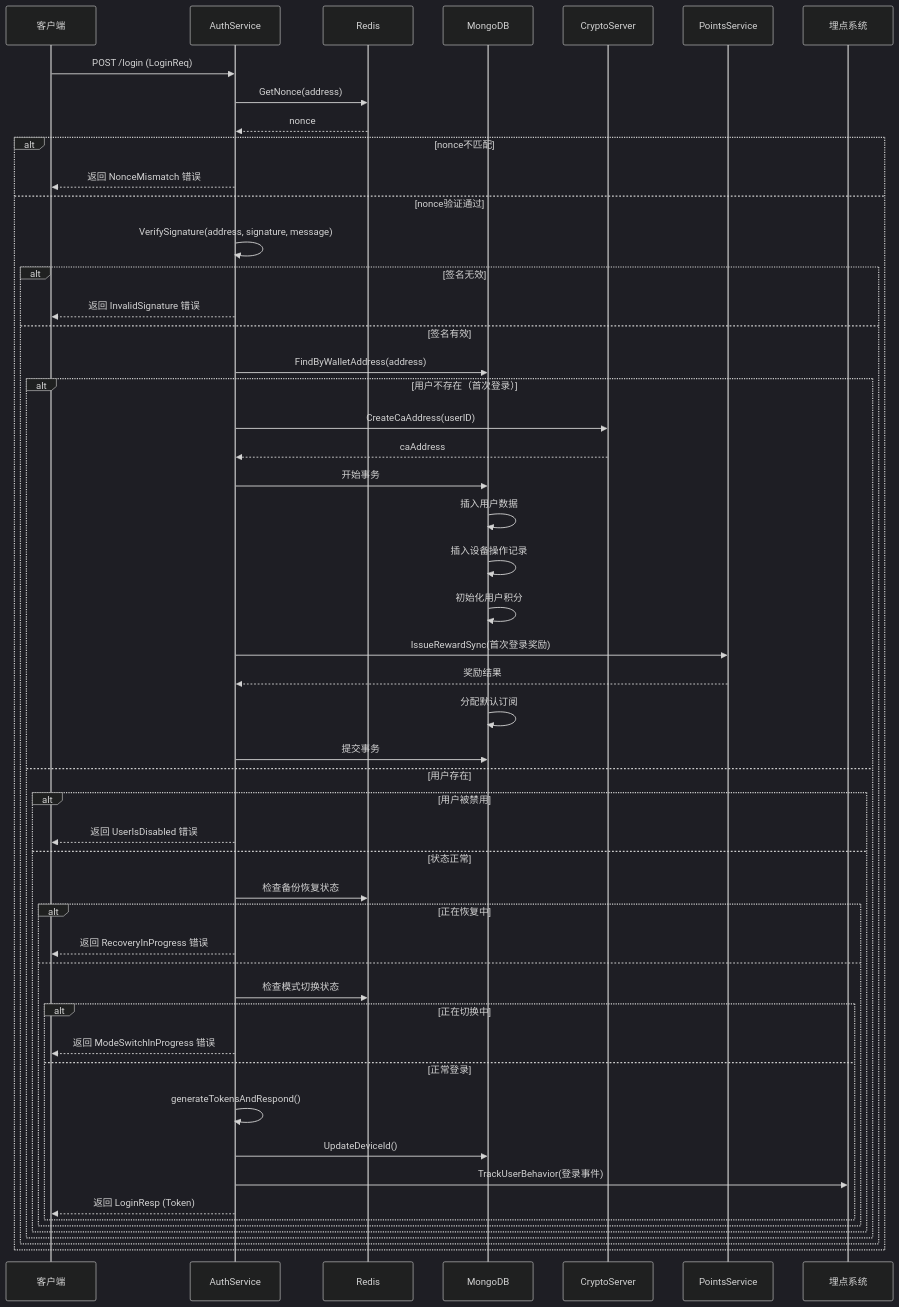
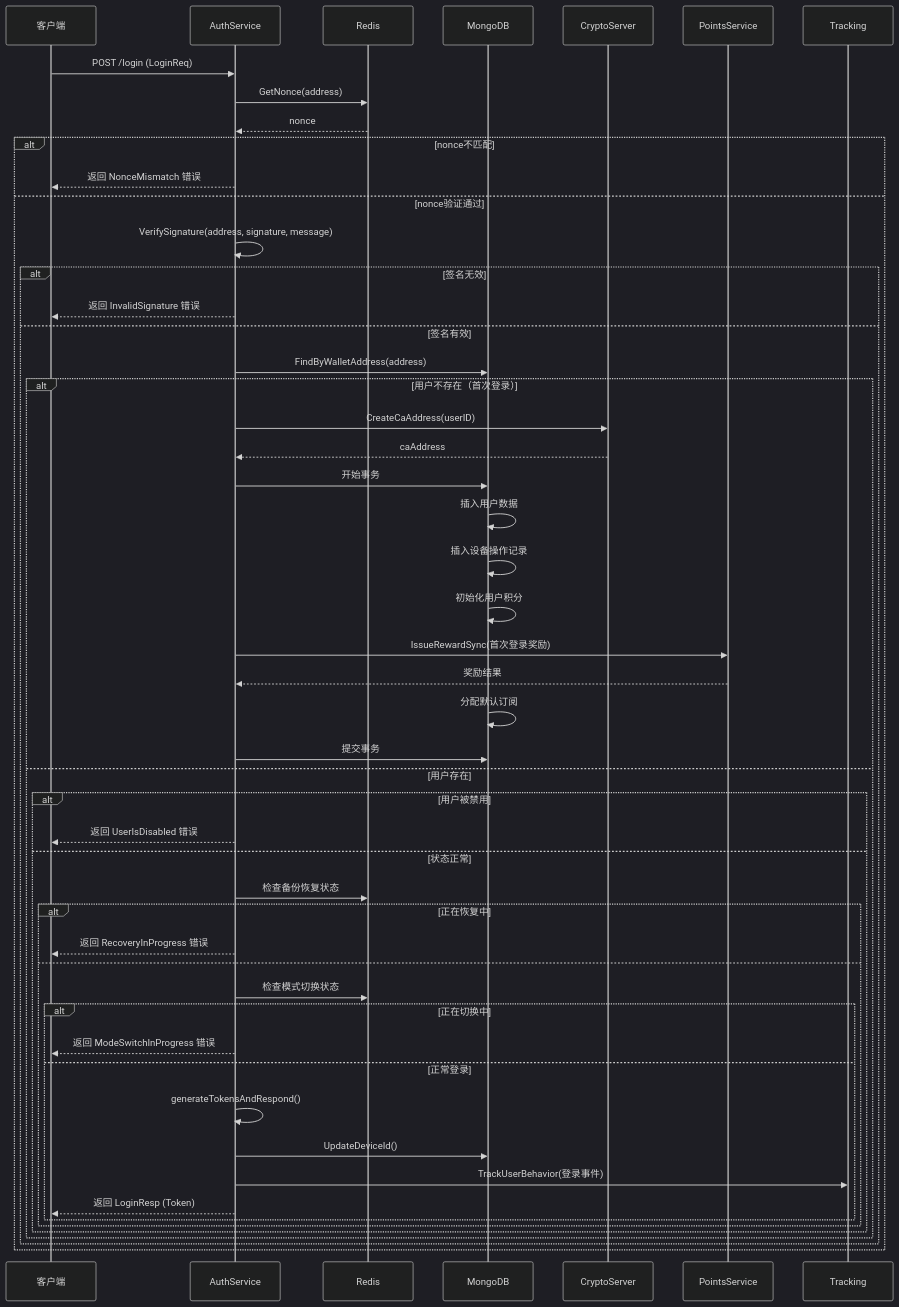
Before and after one commit to yingjianzh/iodraw-files: the diagram in all/未命名-2.md, drawn with Mermaid (dark theme).

Commit message:
2025-09-09 11:00:28 update

````diff
--- a/all/未命名-2.md
+++ b/all/未命名-2.md
@@ -1,55 +1,54 @@
 ```mermaid
 sequenceDiagram
     participant Client as 客户端
     participant AuthService as AuthService
     participant Redis as Redis
     participant MongoDB as MongoDB
     participant CryptoServer as CryptoServer
     participant PointsService as PointsService
-    participant Tracking as 埋点系统
 
     Client->>AuthService: POST /login (LoginReq)
     AuthService->>Redis: GetNonce(address)
     Redis-->>AuthService: nonce
     alt nonce不匹配
         AuthService-->>Client: 返回 NonceMismatch 错误
     else nonce验证通过
         AuthService->>AuthService: VerifySignature(address, signature, message)
         alt 签名无效
             AuthService-->>Client: 返回 InvalidSignature 错误
         else 签名有效
             AuthService->>MongoDB: FindByWalletAddress(address)
             alt 用户不存在（首次登录）
                 AuthService->>CryptoServer: CreateCaAddress(userID)
                 CryptoServer-->>AuthService: caAddress
                 AuthService->>MongoDB: 开始事务
                 MongoDB->>MongoDB: 插入用户数据
                 MongoDB->>MongoDB: 插入设备操作记录
                 MongoDB->>MongoDB: 初始化用户积分
                 AuthService->>PointsService: IssueRewardSync(首次登录奖励)
                 PointsService-->>AuthService: 奖励结果
                 MongoDB->>MongoDB: 分配默认订阅
                 AuthService->>MongoDB: 提交事务
             else 用户存在
                 alt 用户被禁用
                     AuthService-->>Client: 返回 UserIsDisabled 错误
                 else 状态正常
                     AuthService->>Redis: 检查备份恢复状态
                     alt 正在恢复中
                         AuthService-->>Client: 返回 RecoveryInProgress 错误
                     else 
                         AuthService->>Redis: 检查模式切换状态
                         alt 正在切换中
                             AuthService-->>Client: 返回 ModeSwitchInProgress 错误
                         else 正常登录
                             AuthService->>AuthService: generateTokensAndRespond()
                             AuthService->>MongoDB: UpdateDeviceId()
                             AuthService->>Tracking: TrackUserBehavior(登录事件)
                             AuthService-->>Client: 返回 LoginResp (Token)
                         end
                     end
                 end
             end
         end
     end
 ```
````
